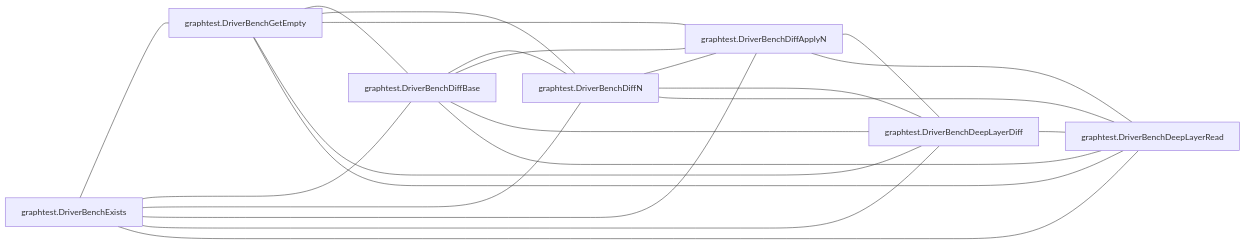
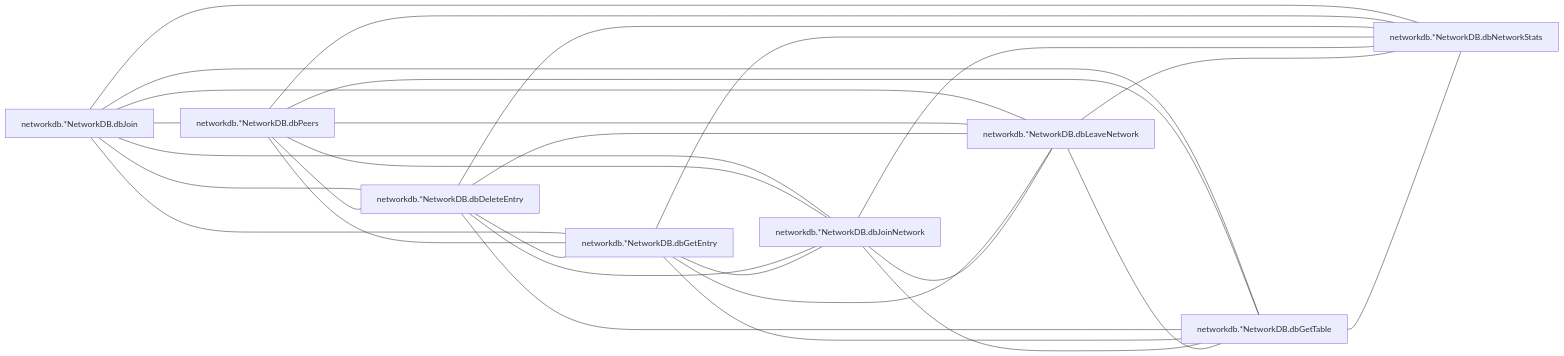
One commit to LukasSelin/doppel changed the sixth of 7 diagrams in examples/moby.md. Above: the diagram before and after it, drawn with Mermaid. The commit also changed other lines of this file and 36 other files, not shown here.

````diff
--- a/examples/moby.md
+++ b/examples/moby.md
@@ -816,31 +853,39 @@
 ```mermaid
 flowchart LR
-    m0["graphtest.DriverBenchExists"]
-    m1["graphtest.DriverBenchGetEmpty"]
-    m2["graphtest.DriverBenchDiffBase"]
-    m3["graphtest.DriverBenchDiffN"]
-    m4["graphtest.DriverBenchDiffApplyN"]
-    m5["graphtest.DriverBenchDeepLayerDiff"]
-    m6["graphtest.DriverBenchDeepLayerRead"]
+    m0["networkdb.*NetworkDB.dbJoin"]
+    m1["networkdb.*NetworkDB.dbPeers"]
+    m2["networkdb.*NetworkDB.dbDeleteEntry"]
+    m3["networkdb.*NetworkDB.dbGetEntry"]
+    m4["networkdb.*NetworkDB.dbJoinNetwork"]
+    m5["networkdb.*NetworkDB.dbLeaveNetwork"]
+    m6["networkdb.*NetworkDB.dbGetTable"]
+    m7["networkdb.*NetworkDB.dbNetworkStats"]
     m0 --- m1
     m0 --- m2
     m0 --- m3
     m0 --- m4
     m0 --- m5
     m0 --- m6
+    m0 --- m7
     m1 --- m2
     m1 --- m3
     m1 --- m4
     m1 --- m5
     m1 --- m6
+    m1 --- m7
     m2 --- m3
     m2 --- m4
     m2 --- m5
     m2 --- m6
+    m2 --- m7
     m3 --- m4
     m3 --- m5
     m3 --- m6
+    m3 --- m7
     m4 --- m5
     m4 --- m6
+    m4 --- m7
     m5 --- m6
+    m5 --- m7
+    m6 --- m7
 ```
````
